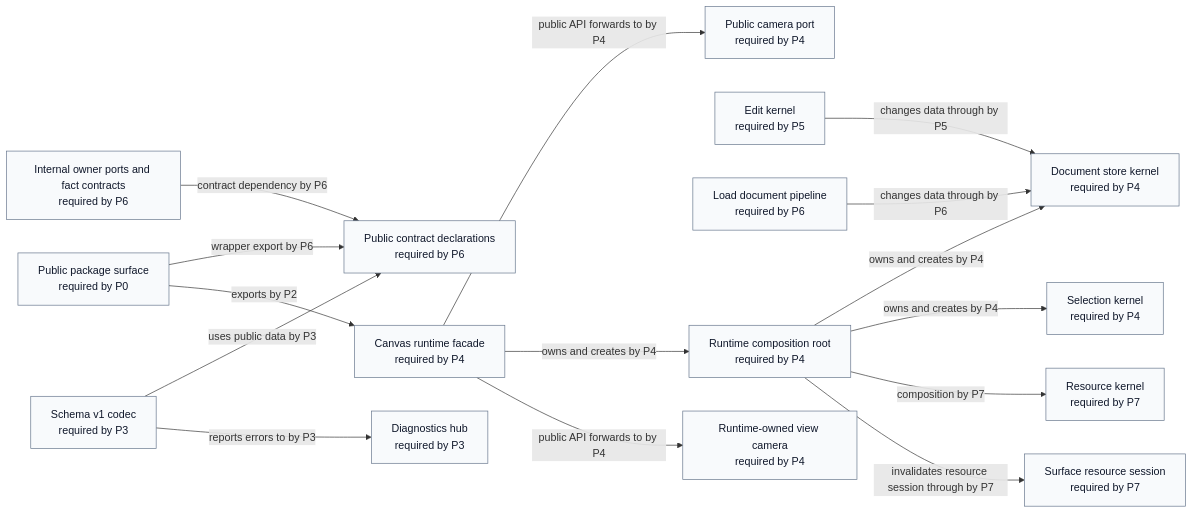
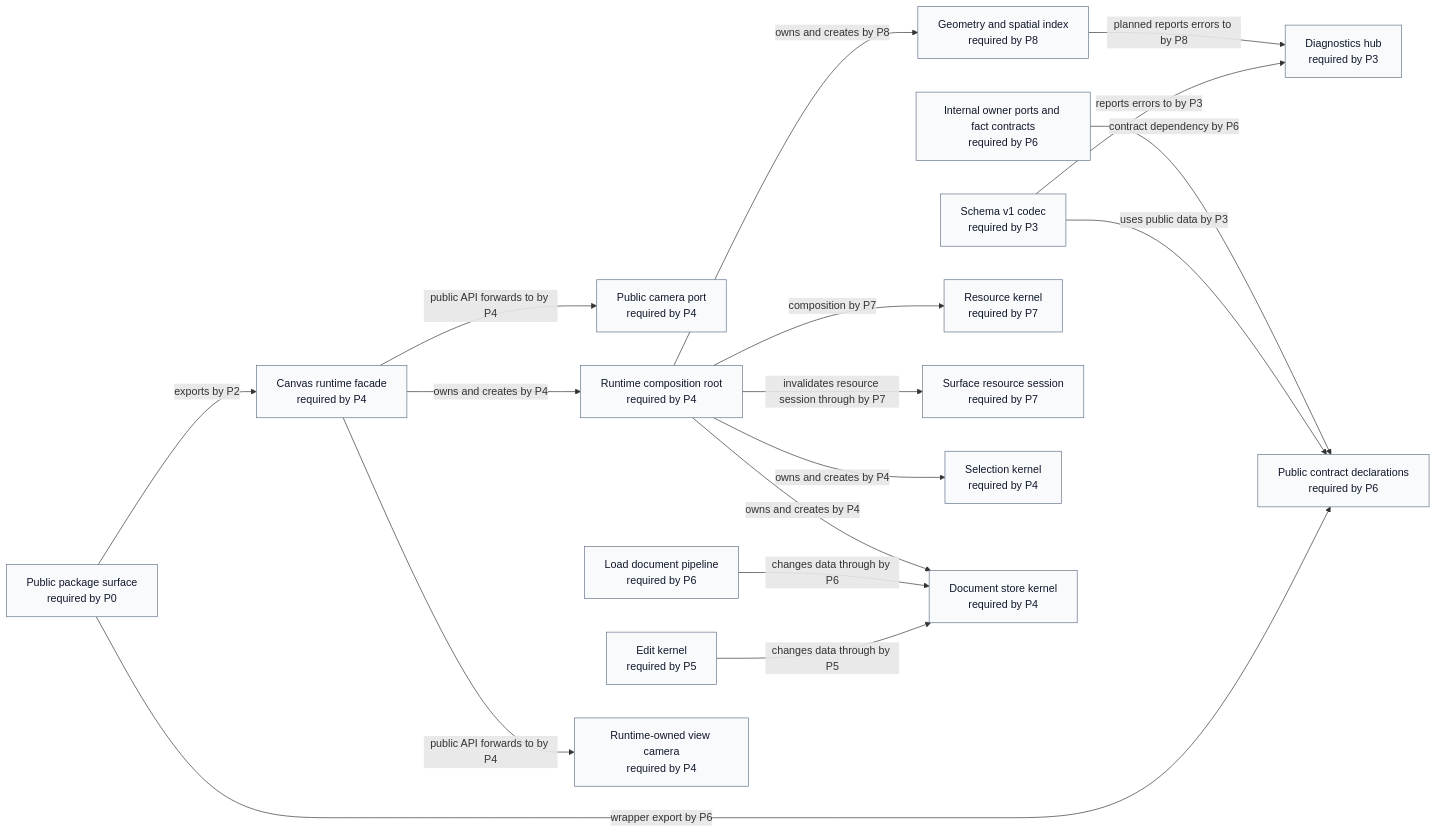
One commit to GreatPika/iwb_canvas_engine changed the diagram in docs/diagrams/generated/actual_vs_expected_diff.mmd. Above: the diagram before and after it, drawn with Mermaid. The commit also changed 26 other files, not shown here.

First line of the commit message:
feat: add P8 guardrails and architecture closure

```diff
--- a/docs/diagrams/generated/actual_vs_expected_diff.mmd
+++ b/docs/diagrams/generated/actual_vs_expected_diff.mmd
@@ -1,36 +1,39 @@
 %% GENERATED FILE. Do not edit by hand.
 %% Source: docs/architecture/architecture_graph.yaml
 %% View: Actual vs expected selected phase diff
-%% Selected phase: P7
+%% Selected phase: P8
 flowchart LR
   api_camera_port["Public camera port<br/>required by P4"]:::ok
   api_canvas_runtime["Canvas runtime facade<br/>required by P4"]:::ok
   api_public_surface["Public package surface<br/>required by P0"]:::ok
   codec_schema_v1["Schema v1 codec<br/>required by P3"]:::ok
   contracts_internal_ports["Internal owner ports and fact contracts<br/>required by P6"]:::ok
   contracts_public["Public contract declarations<br/>required by P6"]:::ok
   diagnostics_hub["Diagnostics hub<br/>required by P3"]:::ok
   edit_kernel["Edit kernel<br/>required by P5"]:::ok
+  geometry_spatial_index["Geometry and spatial index<br/>required by P8"]:::ok
   load_document_pipeline["Load document pipeline<br/>required by P6"]:::ok
   resource_kernel["Resource kernel<br/>required by P7"]:::ok
   resource_surface_session["Surface resource session<br/>required by P7"]:::ok
   runtime_root["Runtime composition root<br/>required by P4"]:::ok
   runtime_view_camera["Runtime-owned view camera<br/>required by P4"]:::ok
   selection_kernel["Selection kernel<br/>required by P4"]:::ok
   store_document_kernel["Document store kernel<br/>required by P4"]:::ok
   api_canvas_runtime -->|public API forwards to by P4| runtime_view_camera
   api_canvas_runtime -->|owns and creates by P4| runtime_root
   api_canvas_runtime -->|public API forwards to by P4| api_camera_port
   api_public_surface -->|exports by P2| api_canvas_runtime
   api_public_surface -->|wrapper export by P6| contracts_public
   codec_schema_v1 -->|reports errors to by P3| diagnostics_hub
   codec_schema_v1 -->|uses public data by P3| contracts_public
   contracts_internal_ports -->|contract dependency by P6| contracts_public
   edit_kernel -->|changes data through by P5| store_document_kernel
+  geometry_spatial_index -->|planned reports errors to by P8| diagnostics_hub
   load_document_pipeline -->|changes data through by P6| store_document_kernel
+  runtime_root -->|owns and creates by P8| geometry_spatial_index
   runtime_root -->|invalidates resource session through by P7| resource_surface_session
   runtime_root -->|composition by P7| resource_kernel
   runtime_root -->|owns and creates by P4| selection_kernel
   runtime_root -->|owns and creates by P4| store_document_kernel
   classDef ok fill:#f8fafc,stroke:#64748b,color:#0f172a
   classDef violation fill:#fee2e2,stroke:#dc2626,color:#7f1d1d
```
